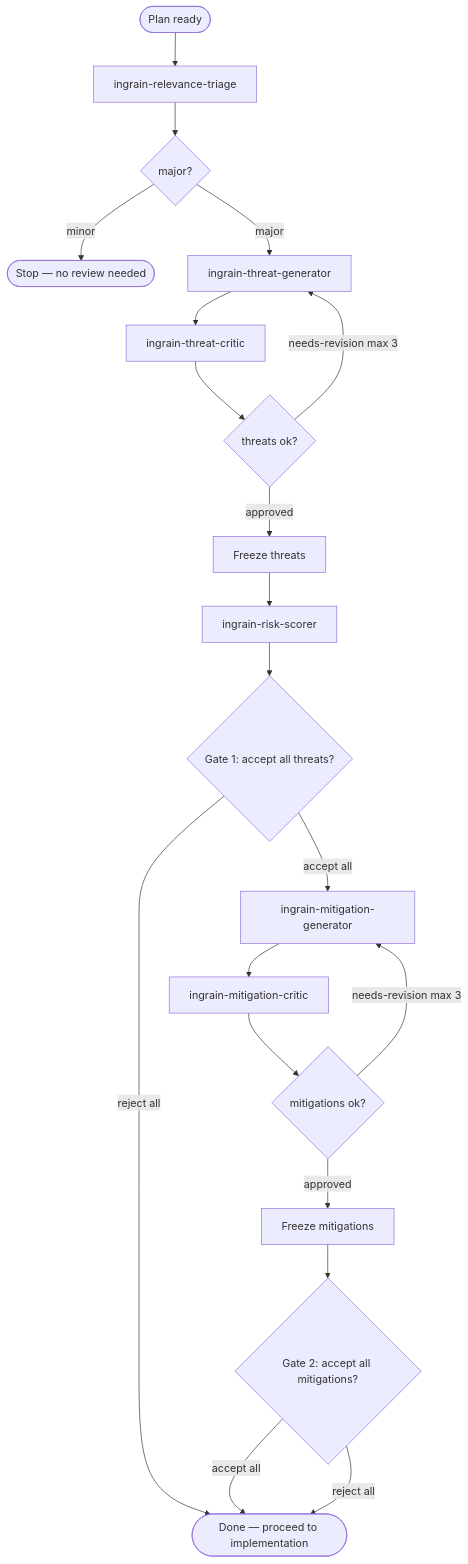
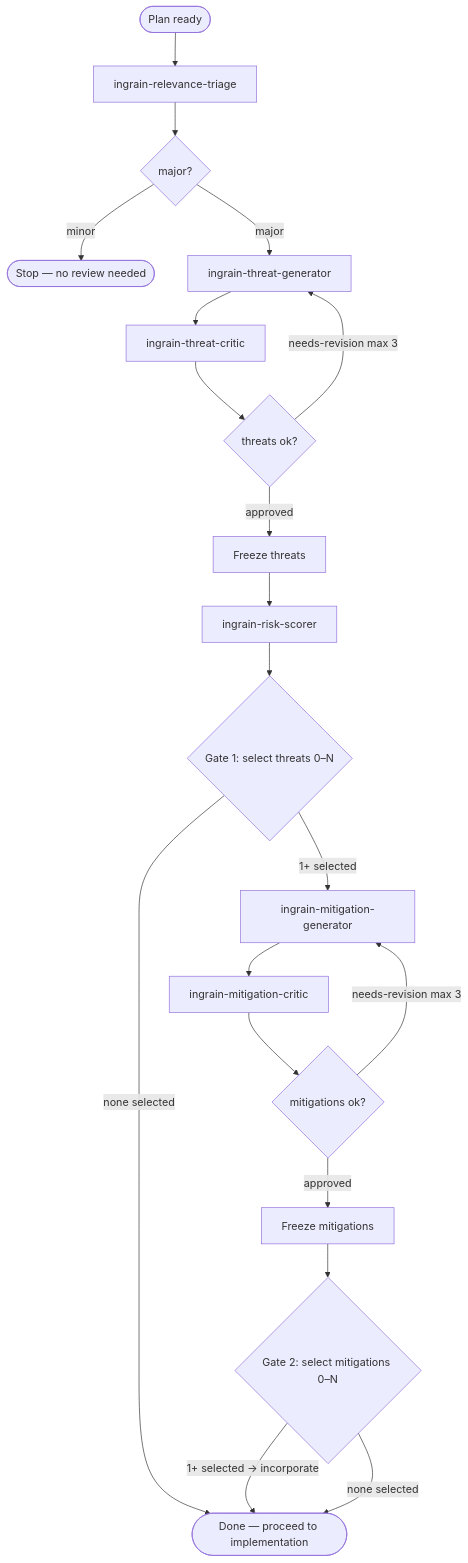
Before and after one commit to ingrainlabs/ingrain-security: the diagram in skills/ingrain-security/SKILL.md, drawn with Mermaid. The commit also changed other lines of this file and 2 other files, not shown here.

````diff
--- a/skills/ingrain-security/SKILL.md
+++ b/skills/ingrain-security/SKILL.md
@@ -87,26 +89,26 @@
 ```mermaid
 flowchart TD
     planReady([Plan ready]) --> triage[ingrain-relevance-triage]
     triage --> majorQ{major?}
     majorQ -->|minor| stop([Stop — no review needed])
     majorQ -->|major| threatGen[ingrain-threat-generator]
 
     threatGen --> threatCritic[ingrain-threat-critic]
     threatCritic --> threatsOk{threats ok?}
     threatsOk -->|needs-revision max 3| threatGen
     threatsOk -->|approved| freezeThreats[Freeze threats]
 
     freezeThreats --> riskScorer[ingrain-risk-scorer]
-    riskScorer --> gate1{Gate 1: accept all threats?}
-    gate1 -->|reject all| done([Done — proceed to implementation])
-    gate1 -->|accept all| mitGen[ingrain-mitigation-generator]
+    riskScorer --> gate1{Gate 1: select threats 0–N}
+    gate1 -->|none selected| done([Done — proceed to implementation])
+    gate1 -->|1+ selected| mitGen[ingrain-mitigation-generator]
 
     mitGen --> mitCritic[ingrain-mitigation-critic]
     mitCritic --> mitsOk{mitigations ok?}
     mitsOk -->|needs-revision max 3| mitGen
     mitsOk -->|approved| freezeMits[Freeze mitigations]
 
-    freezeMits --> gate2{Gate 2: accept all mitigations?}
-    gate2 -->|accept all| done
-    gate2 -->|reject all| done
+    freezeMits --> gate2{Gate 2: select mitigations 0–N}
+    gate2 -->|1+ selected → incorporate| done
+    gate2 -->|none selected| done
 ```
````
